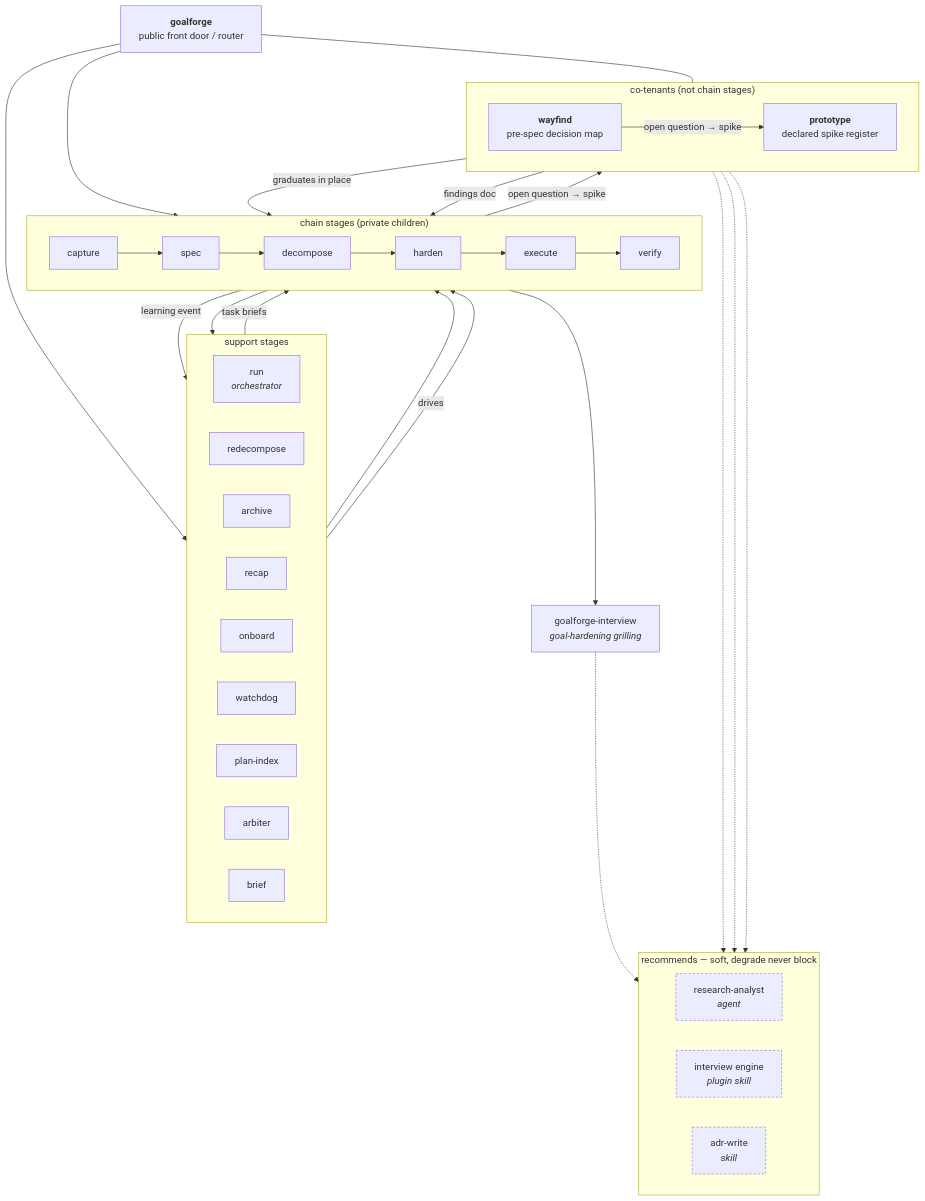
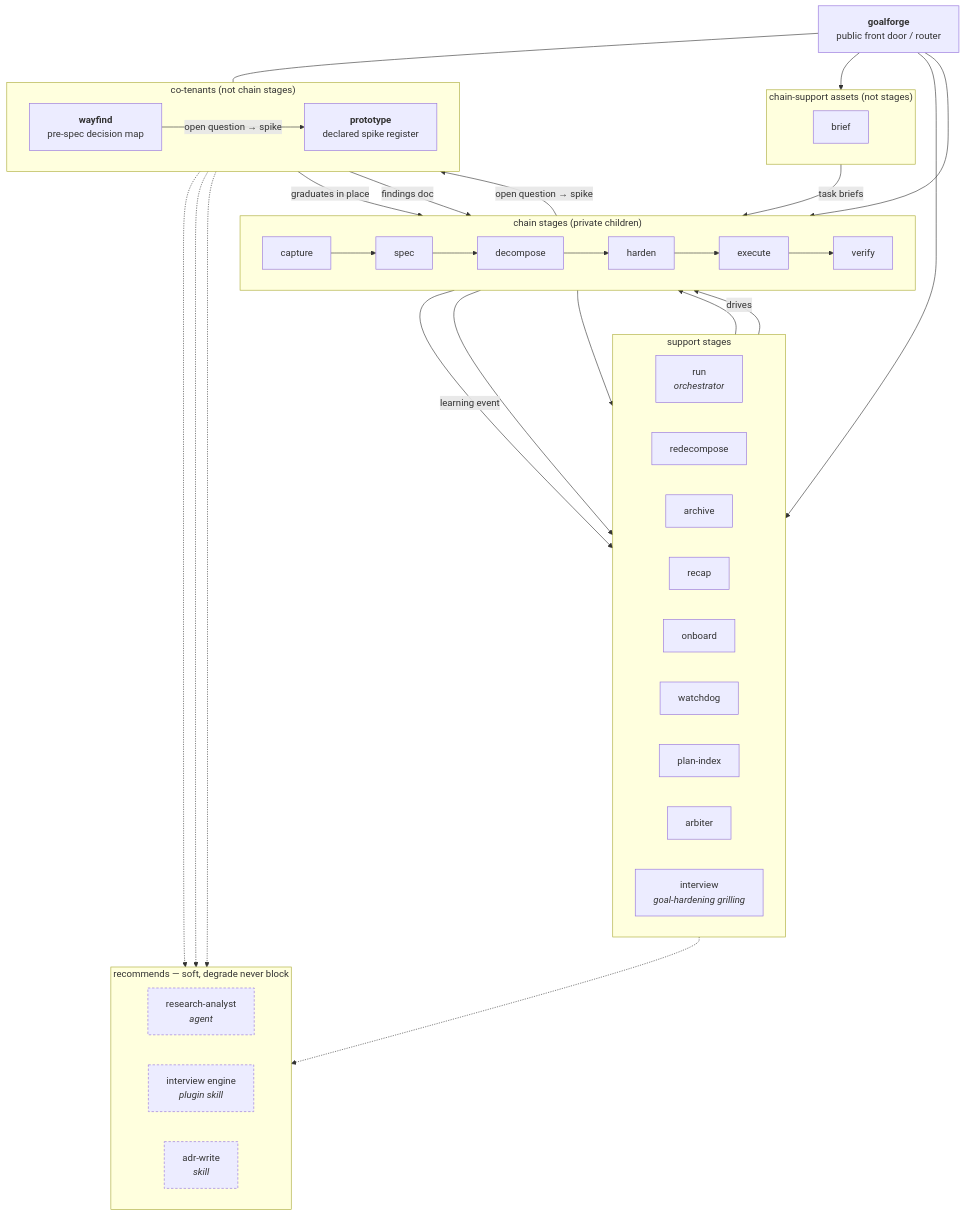
One commit to Truncuso/cogwright changed the second of 2 diagrams in docs/ARCHITECTURE.md. Above: the diagram before and after it, drawn with Mermaid. The commit also changed other lines of this file and 7 other files, not shown here.

````diff
--- a/docs/ARCHITECTURE.md
+++ b/docs/ARCHITECTURE.md
@@ -74,57 +74,63 @@
 ```mermaid
 flowchart TB
     GF["<b>goalforge</b><br/>public front door / router"]
 
     subgraph CHAIN["chain stages (private children)"]
         direction LR
         CAP[capture] --> SPEC[spec] --> DEC[decompose] --> HAR[harden] --> EXE[execute] --> VER[verify]
     end
 
     subgraph SUP["support stages"]
         direction LR
         RUN["run<br/><i>orchestrator</i>"]
         RED[redecompose]
         ARC[archive]
         REC[recap]
         ONB[onboard]
         WD[watchdog]
         PIX[plan-index]
         ARB[arbiter]
+        INT["interview<br/><i>goal-hardening grilling</i>"]
+    end
+
+    subgraph AST["chain-support assets (not stages)"]
+        direction LR
         BRF[brief]
     end
 
     subgraph TEN["co-tenants (not chain stages)"]
         direction LR
         WAY["<b>wayfind</b><br/>pre-spec decision map"]
         PRO["<b>prototype</b><br/>declared spike register"]
     end
 
     GF --> CHAIN
     GF --> SUP
+    GF --> AST
     GF --- TEN
 
     RUN -->|drives| CHAIN
     WAY -->|graduates in place| CAP
     HAR -->|open question → spike| PRO
     PRO -->|findings doc| HAR
     WAY -->|open question → spike| PRO
     BRF -->|task briefs| EXE
     VER -->|learning event| RED --> DEC
     VER --> ARC
 
     subgraph EXT["recommends — soft, degrade never block"]
         direction LR
         RA["research-analyst<br/><i>agent</i>"]
         IL["interview engine<br/><i>plugin skill</i>"]
         ADR["adr-write<br/><i>skill</i>"]
     end
 
     WAY -.-> RA
     WAY -.-> IL
     WAY -.-> ADR
-    INT["goalforge-interview<br/><i>goal-hardening grilling</i>"] -.-> IL
+    INT -.-> IL
     HAR --> INT
 
     classDef ext stroke-dasharray: 4 3;
     class RA,IL,ADR ext;
 ```
````
